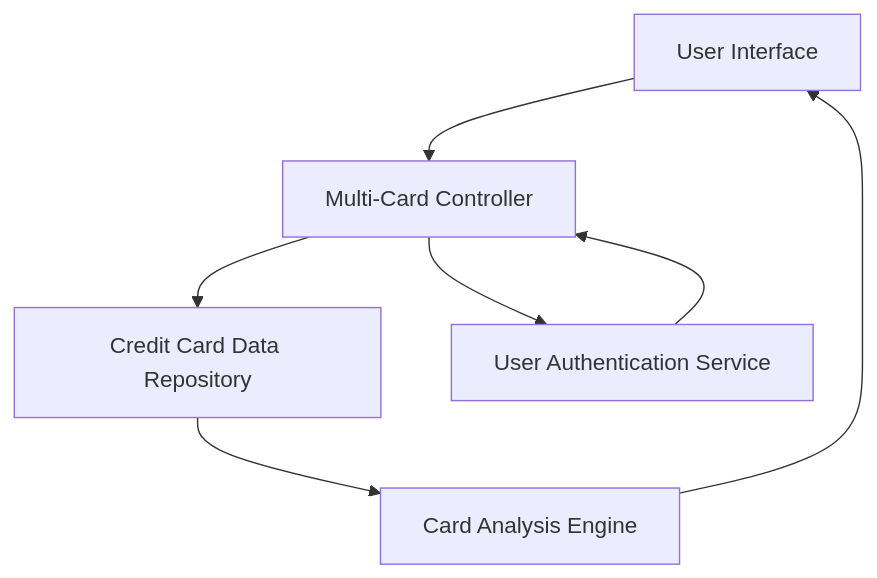
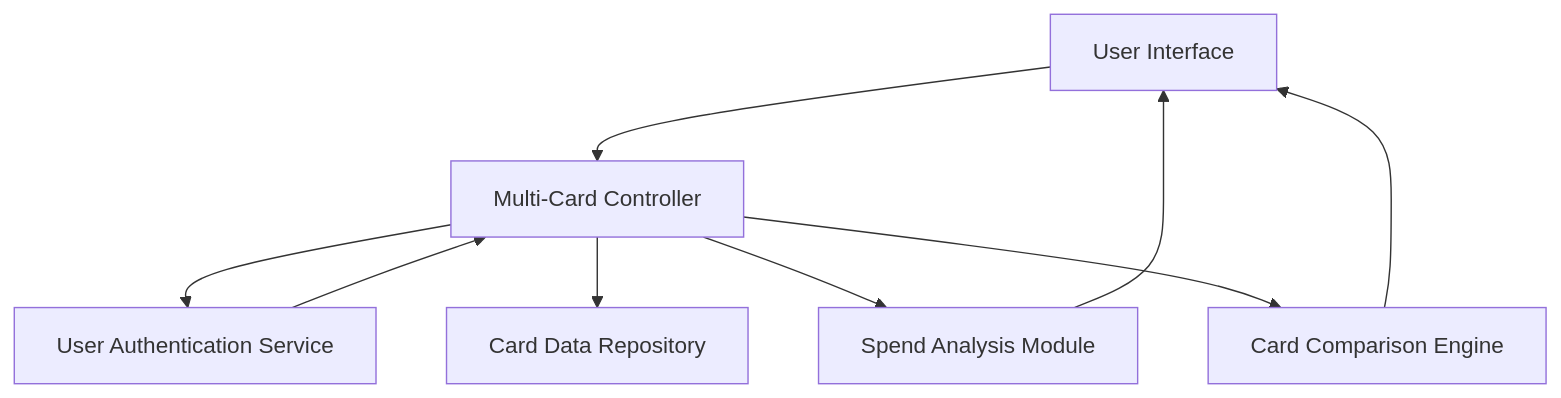
Before and after one commit to AAVA-Demo/APB_Demo: the diagram in HLD/QE-7681_HLD.md, drawn with Mermaid. The commit also changed other lines of this file and 5 other files, not shown here.

````diff
--- a/HLD/QE-7681_HLD.md
+++ b/HLD/QE-7681_HLD.md
@@ -7,14 +7,17 @@
 ```mermaid
 flowchart TD
     A["User Interface"]
     B["Multi-Card Controller"]
-    C["Credit Card Data Repository"]
+    C["Card Data Repository"]
     D["User Authentication Service"]
-    E["Card Analysis Engine"]
+    E["Spend Analysis Module"]
+    F["Card Comparison Engine"]
     A --> B
     B --> D
     D --> B
     B --> C
-    C --> E
+    B --> E
+    B --> F
     E --> A
+    F --> A
 ```
````
